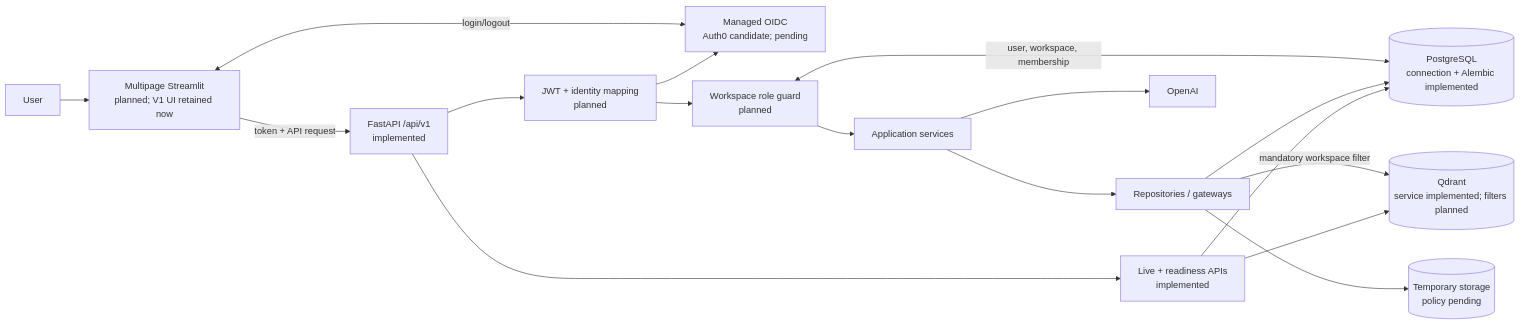
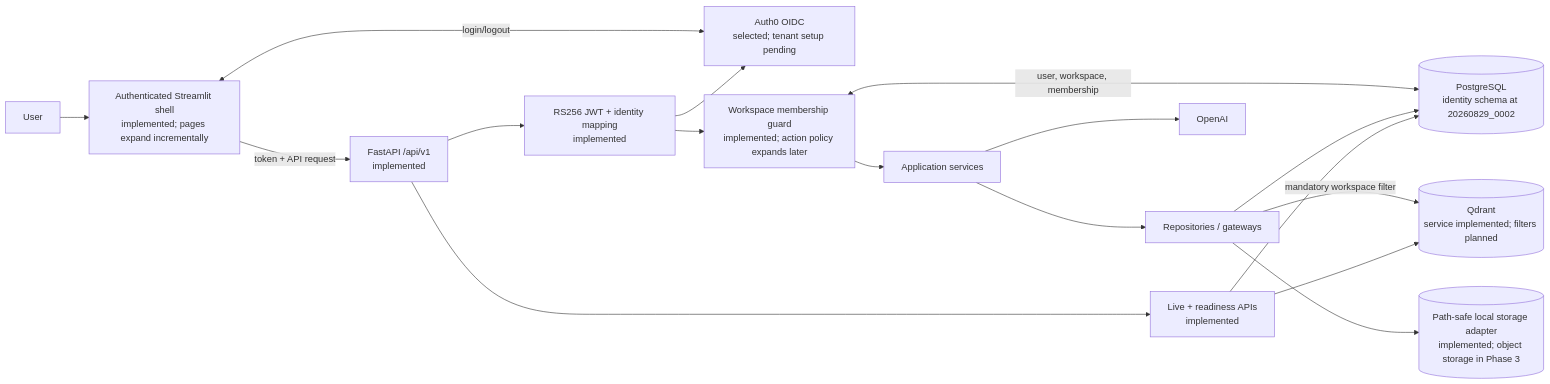
One commit to mvyas412/ai-projects changed the fourth of 11 diagrams in mm-rag-full-stack-genai-bootcamp-2.0/docs/architecture/ARCHITECTURE.md. Above: the diagram before and after it, drawn with Mermaid. The commit also changed other lines of this file and 41 other files, not shown here.

Commit message:
feat(mm-rag): add identity and workspace foundation

````diff
--- a/mm-rag-full-stack-genai-bootcamp-2.0/docs/architecture/ARCHITECTURE.md
+++ b/mm-rag-full-stack-genai-bootcamp-2.0/docs/architecture/ARCHITECTURE.md
@@ -205,19 +205,19 @@
 ```mermaid
 flowchart LR
-    user["User"] --> st["Multipage Streamlit<br/>planned; V1 UI retained now"]
-    st <-->|"login/logout"| idp["Managed OIDC<br/>Auth0 candidate; pending"]
+    user["User"] --> st["Authenticated Streamlit shell<br/>implemented; pages expand incrementally"]
+    st <-->|"login/logout"| idp["Auth0 OIDC<br/>selected; tenant setup pending"]
     st -->|"token + API request"| routes["FastAPI /api/v1<br/>implemented"]
-    routes --> authn["JWT + identity mapping<br/>planned"]
+    routes --> authn["RS256 JWT + identity mapping<br/>implemented"]
     authn --> idp
-    authn --> authz["Workspace role guard<br/>planned"]
-    authz <-->|"user, workspace, membership"| pg[("PostgreSQL<br/>connection + Alembic implemented")]
+    authn --> authz["Workspace membership guard<br/>implemented; action policy expands later"]
+    authz <-->|"user, workspace, membership"| pg[("PostgreSQL<br/>identity schema at 20260829_0002")]
     authz --> services["Application services"]
     services --> repos["Repositories / gateways"]
     repos --> pg
     repos -->|"mandatory workspace filter"| qd[("Qdrant<br/>service implemented; filters planned")]
-    repos --> files[("Temporary storage<br/>policy pending")]
+    repos --> files[("Path-safe local storage adapter<br/>implemented; object storage in Phase 3")]
     services --> openai["OpenAI"]
     health["Live + readiness APIs<br/>implemented"] --> pg
     health --> qd
     routes --> health
 ```
````
